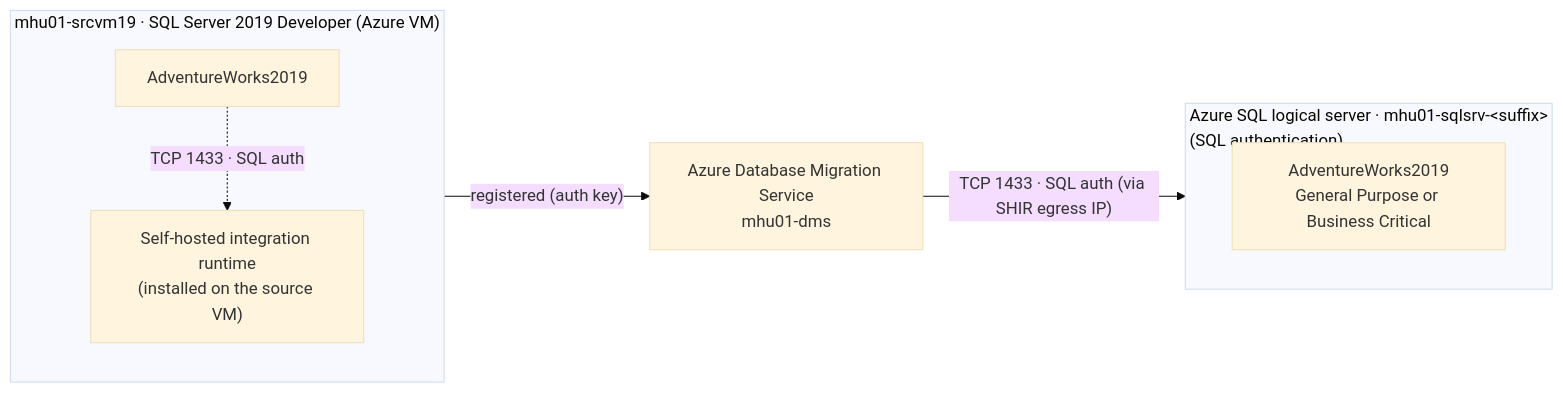
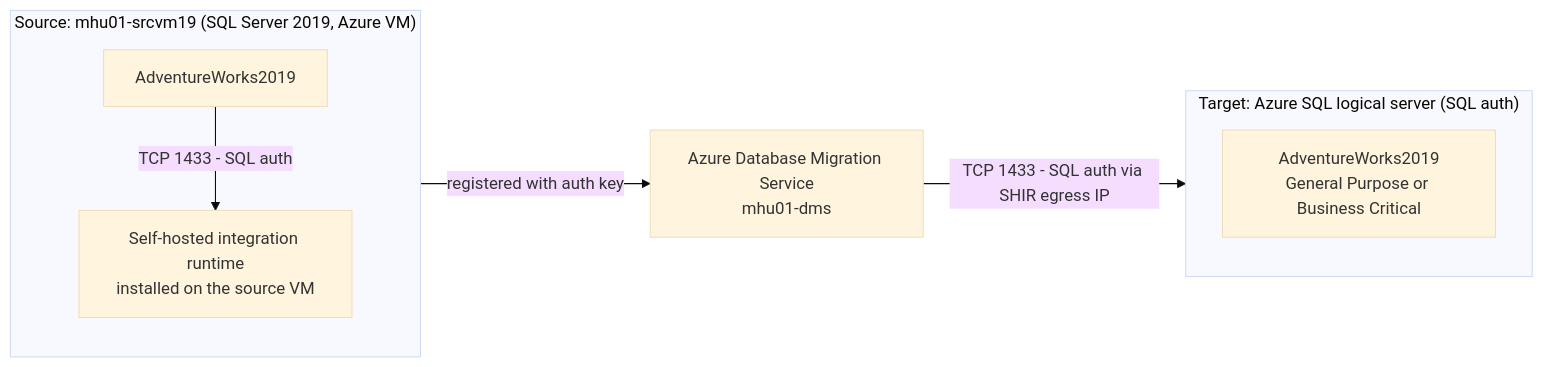
Before and after one commit to aofvalley/microhack-sql-2026: the diagram in walkthrough/challenge-02/solution-02.md, drawn with Mermaid (base theme). The commit also changed other lines of this file and 3 other files, not shown here.

Commit message:
C2 solution: fix arch diagram, portal-based target DB + firewall (images), unify sqlmigration login, DMS already-deployed note, drop success criteria/annex

````diff
--- a/walkthrough/challenge-02/solution-02.md
+++ b/walkthrough/challenge-02/solution-02.md
@@ -56,19 +54,19 @@
 ```mermaid
 flowchart LR
-    subgraph SRC["mhu01-srcvm19 · SQL Server 2019 Developer (Azure VM)"]
+    subgraph SRC["Source: mhu01-srcvm19 (SQL Server 2019, Azure VM)"]
         direction TB
         DB["AdventureWorks2019"]
-        SHIR["Self-hosted integration runtime<br/>(installed on the source VM)"]
+        SHIR["Self-hosted integration runtime<br/>installed on the source VM"]
     end
 
     DMS["Azure Database Migration Service<br/>mhu01-dms"]
 
-    subgraph TGT["Azure SQL logical server · mhu01-sqlsrv-&lt;suffix&gt;<br/>(SQL authentication)"]
+    subgraph TGT["Target: Azure SQL logical server (SQL auth)"]
         direction TB
         TDB["AdventureWorks2019<br/>General Purpose or Business Critical"]
     end
 
-    DB -. "TCP 1433 · SQL auth" .-> SHIR
-    SHIR -- "registered (auth key)" --> DMS
-    DMS -- "TCP 1433 · SQL auth (via SHIR egress IP)" --> TGT
+    DB -->|"TCP 1433 - SQL auth"| SHIR
+    SHIR -->|"registered with auth key"| DMS
+    DMS -->|"TCP 1433 - SQL auth via SHIR egress IP"| TDB
 ```
````
